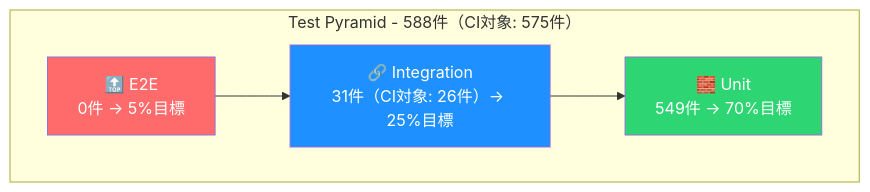
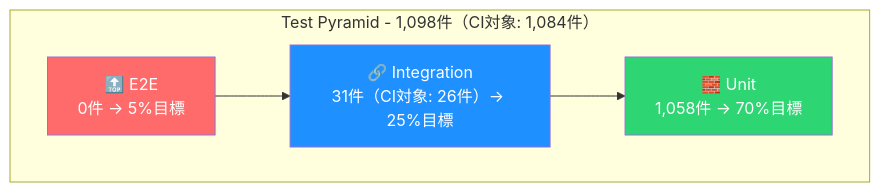
Before and after one commit to yaoki-dev/api-test-devops-portfolio: the second of 3 diagrams in README.md, drawn with Mermaid. The commit also changed other lines of this file and 12 other files, not shown here.

````diff
--- a/README.md
+++ b/README.md
@@ -303,13 +303,13 @@
 ```mermaid
 graph TB
-    subgraph "Test Pyramid - 588件（CI対象: 575件）"
+    subgraph "Test Pyramid - 1,098件（CI対象: 1,084件）"
         E2E["🔝 E2E<br/>0件 → 5%目標"]
         Integration["🔗 Integration<br/>31件（CI対象: 26件）→ 25%目標"]
-        Unit["🧱 Unit<br/>549件 → 70%目標"]
+        Unit["🧱 Unit<br/>1,058件 → 70%目標"]
     end
     E2E --> Integration --> Unit
 
     style E2E fill:#ff6b6b,color:#fff
     style Integration fill:#1e90ff,color:#fff
     style Unit fill:#2ed573,color:#fff
 ```
````
